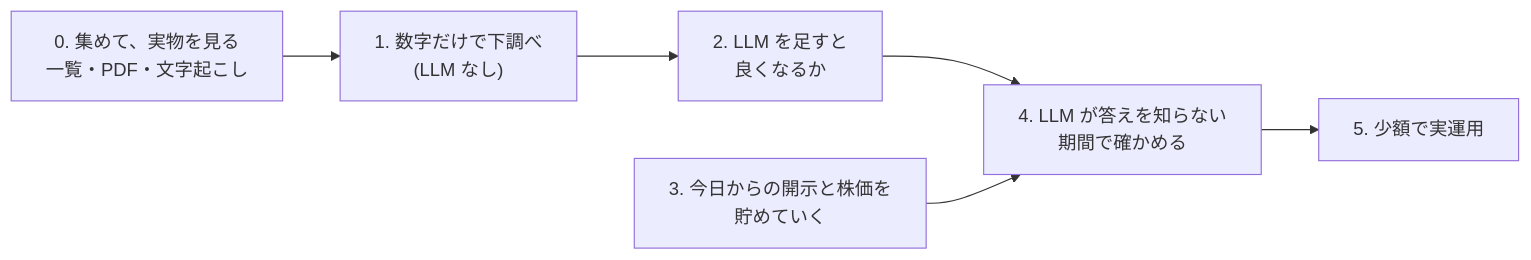
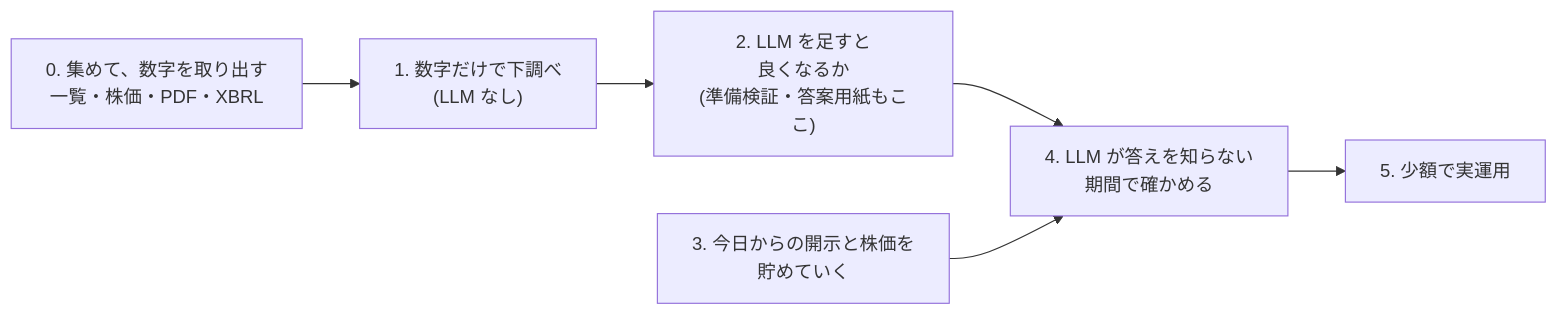
The third of 3 diagrams in docs/PLAN.md (hirosyrup/alchemy-stock), drawn with Mermaid before and after one commit. The commit also changed other lines of this file, not shown here.

````diff
--- a/docs/PLAN.md
+++ b/docs/PLAN.md
@@ -678,8 +680,8 @@
 ```mermaid
 flowchart LR
-    P0["0. 集めて、実物を見る<br/>一覧・PDF・文字起こし"] --> P1["1. 数字だけで下調べ<br/>(LLM なし)"]
-    P1 --> P2["2. LLM を足すと<br/>良くなるか"]
+    P0["0. 集めて、数字を取り出す<br/>一覧・株価・PDF・XBRL"] --> P1["1. 数字だけで下調べ<br/>(LLM なし)"]
+    P1 --> P2["2. LLM を足すと<br/>良くなるか<br/>(準備検証・答案用紙もここ)"]
     P2 --> P4["4. LLM が答えを知らない<br/>期間で確かめる"]
     P3["3. 今日からの開示と株価を<br/>貯めていく"] --> P4
     P4 --> P5["5. 少額で実運用"]
 ```
````
